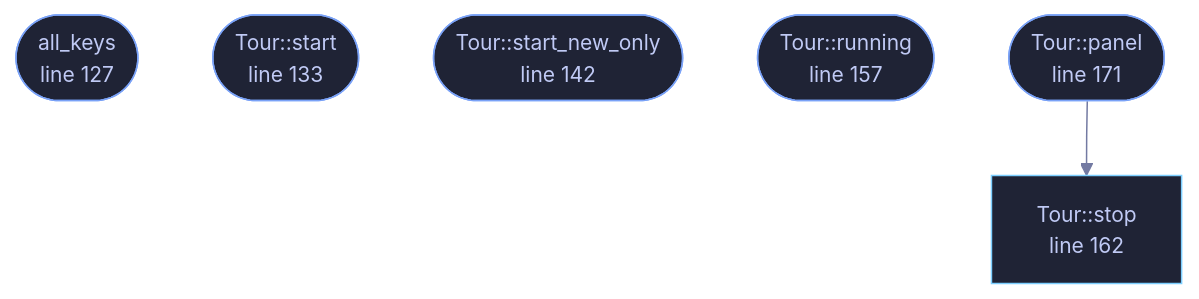
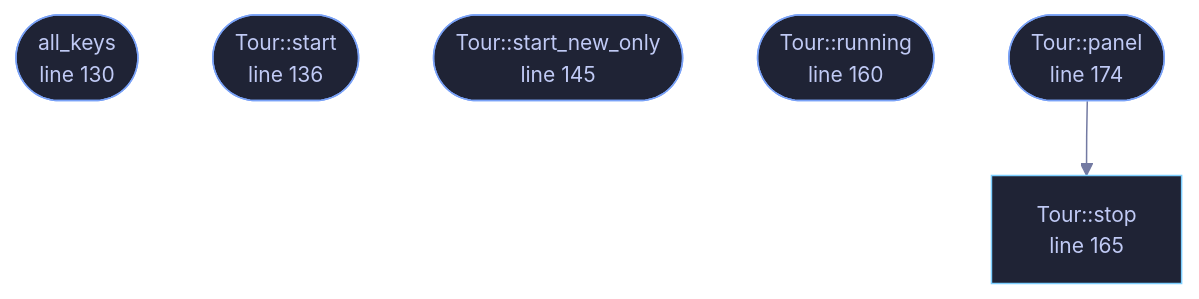
One commit to tilas01/veilvoice changed the diagram in docs/files/veilvoice-gui/tour.md. Above: the diagram before and after it, drawn with Mermaid. The commit also changed other lines of this file and 26 other files, not shown here.

````diff
--- a/docs/files/veilvoice-gui/tour.md
+++ b/docs/files/veilvoice-gui/tour.md
@@ -95,21 +95,21 @@
 ```mermaid
 %%{init: {"theme":"base","themeVariables":{"background":"#1a1b26","primaryColor":"#1f2335","primaryTextColor":"#c0caf5","primaryBorderColor":"#7aa2f7","secondaryColor":"#16161e","tertiaryColor":"#16161e","lineColor":"#737aa2","textColor":"#c0caf5","mainBkg":"#1f2335","nodeBorder":"#7aa2f7","clusterBkg":"#16161e","clusterBorder":"#2f3549","fontFamily":"ui-monospace, SFMono-Regular, Consolas, monospace","fontSize":"14px"}}}%%
 flowchart TD
-    n_all_keys(["all_keys<br/>line 127"])
-    n_start(["Tour::start<br/>line 133"])
-    n_start_new_only(["Tour::start_new_only<br/>line 142"])
-    n_running(["Tour::running<br/>line 157"])
-    n_stop["Tour::stop<br/>line 162"]
-    n_panel(["Tour::panel<br/>line 171"])
+    n_all_keys(["all_keys<br/>line 130"])
+    n_start(["Tour::start<br/>line 136"])
+    n_start_new_only(["Tour::start_new_only<br/>line 145"])
+    n_running(["Tour::running<br/>line 160"])
+    n_stop["Tour::stop<br/>line 165"]
+    n_panel(["Tour::panel<br/>line 174"])
     n_panel --> n_stop
-    click n_all_keys href "https://github.com/tilas01/veilvoice/blob/main/crates/veilvoice-gui/src/tour.rs#L127" "open the source"
-    click n_start href "https://github.com/tilas01/veilvoice/blob/main/crates/veilvoice-gui/src/tour.rs#L133" "open the source"
-    click n_start_new_only href "https://github.com/tilas01/veilvoice/blob/main/crates/veilvoice-gui/src/tour.rs#L142" "open the source"
-    click n_running href "https://github.com/tilas01/veilvoice/blob/main/crates/veilvoice-gui/src/tour.rs#L157" "open the source"
-    click n_stop href "https://github.com/tilas01/veilvoice/blob/main/crates/veilvoice-gui/src/tour.rs#L162" "open the source"
-    click n_panel href "https://github.com/tilas01/veilvoice/blob/main/crates/veilvoice-gui/src/tour.rs#L171" "open the source"
+    click n_all_keys href "https://github.com/tilas01/veilvoice/blob/main/crates/veilvoice-gui/src/tour.rs#L130" "open the source"
+    click n_start href "https://github.com/tilas01/veilvoice/blob/main/crates/veilvoice-gui/src/tour.rs#L136" "open the source"
+    click n_start_new_only href "https://github.com/tilas01/veilvoice/blob/main/crates/veilvoice-gui/src/tour.rs#L145" "open the source"
+    click n_running href "https://github.com/tilas01/veilvoice/blob/main/crates/veilvoice-gui/src/tour.rs#L160" "open the source"
+    click n_stop href "https://github.com/tilas01/veilvoice/blob/main/crates/veilvoice-gui/src/tour.rs#L165" "open the source"
+    click n_panel href "https://github.com/tilas01/veilvoice/blob/main/crates/veilvoice-gui/src/tour.rs#L174" "open the source"
     classDef entry fill:#1f2335,stroke:#7aa2f7,color:#c0caf5
     class n_all_keys,n_start,n_start_new_only,n_running,n_panel entry
     classDef api fill:#1f2335,stroke:#7dcfff,color:#c0caf5
     class n_stop api
 ```
````
